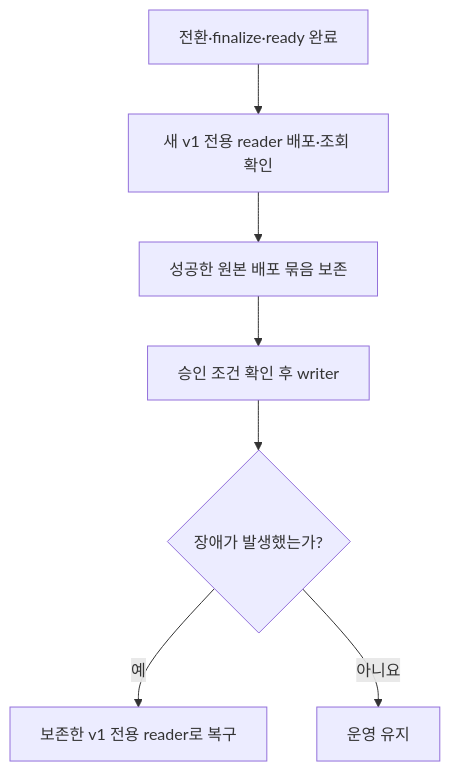
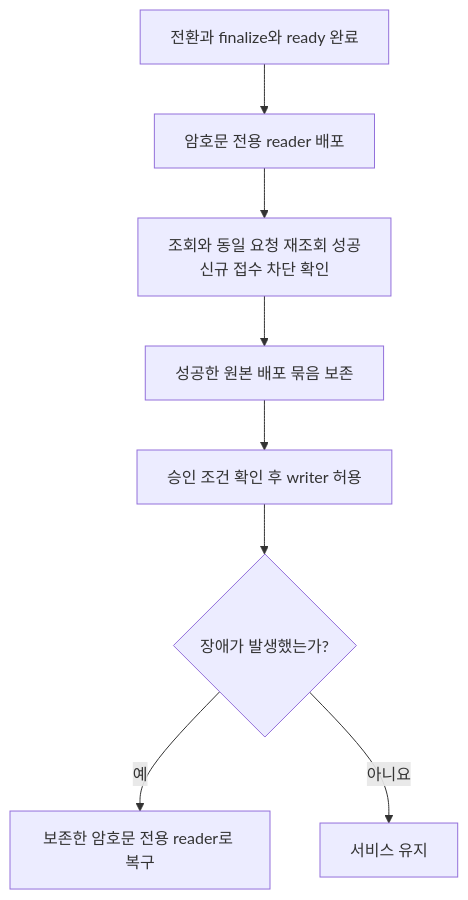
Before and after one commit to woowacourse-teams/2026-Harudle: diagram 11 of 12 in backend/docs/diary-source-text-migration-scenarios.md, drawn with Mermaid. The commit also changed other lines of this file and 4 other files, not shown here.

````diff
--- a/backend/docs/diary-source-text-migration-scenarios.md
+++ b/backend/docs/diary-source-text-migration-scenarios.md
@@ -207,9 +283,10 @@
 ```mermaid
 flowchart TD
-    finalized["전환·finalize·ready 완료"] --> reader["새 v1 전용 reader 배포·조회 확인"]
-    reader --> keep["성공한 원본 배포 묶음 보존"]
-    keep --> writer["승인 조건 확인 후 writer"]
+    ready["전환과 finalize와 ready 완료"] --> reader["암호문 전용 reader 배포"]
+    reader --> check["조회와 동일 요청 재조회 성공<br/>신규 접수 차단 확인"]
+    check --> keep["성공한 원본 배포 묶음 보존"]
+    keep --> writer["승인 조건 확인 후 writer 허용"]
     writer --> incident{"장애가 발생했는가?"}
-    incident -->|예| recover["보존한 v1 전용 reader로 복구"]
-    incident -->|아니요| continue["운영 유지"]
+    incident -->|예| recover["보존한 암호문 전용 reader로 복구"]
+    incident -->|아니요| continue["서비스 유지"]
 ```
````
